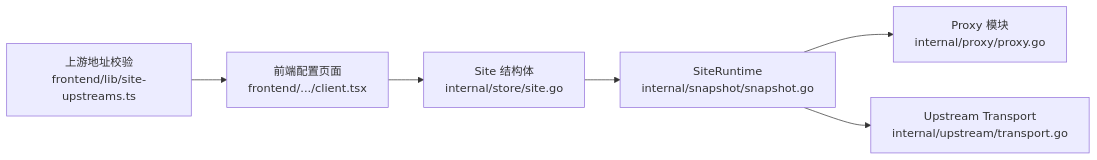
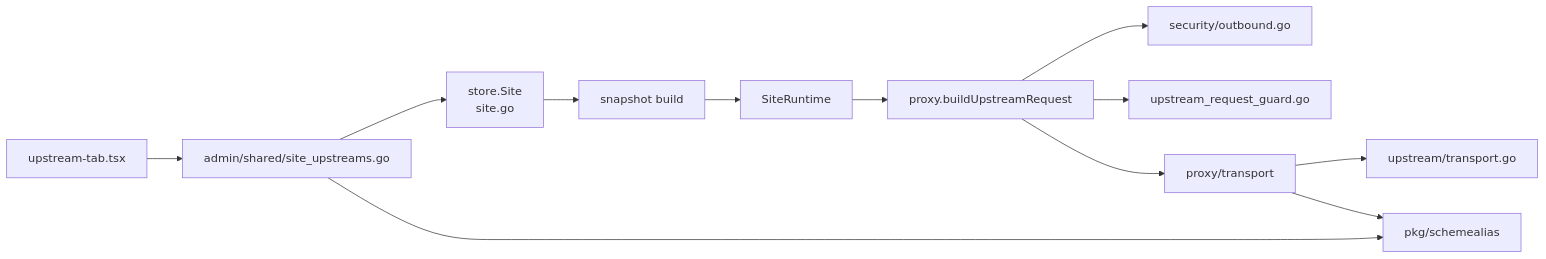
Before and after one commit to x01n/My-OpenWaf: the sixth of 6 diagrams in docs/安全机制/出站安全控制.md, drawn with Mermaid. The commit also changed other lines of this file and 622 other files, not shown here.

````diff
--- a/docs/安全机制/出站安全控制.md
+++ b/docs/安全机制/出站安全控制.md
@@ -287,8 +514,14 @@
 ```mermaid
 graph LR
-STORE_SITE["Site 结构体<br/>internal/store/site.go"] --> SNAP["SiteRuntime<br/>internal/snapshot/snapshot.go"]
-SNAP --> PRX["Proxy 模块<br/>internal/proxy/proxy.go"]
-SNAP --> UPT["Upstream Transport<br/>internal/upstream/transport.go"]
-FRONT_UI["前端配置页面<br/>frontend/.../client.tsx"] --> STORE_SITE
-FRONT_LIB["上游地址校验<br/>frontend/lib/site-upstreams.ts"] --> FRONT_UI
+  SITE["store.Site<br/>site.go"] --> BLD["snapshot build"]
+  BLD --> RT["SiteRuntime"]
+  RT --> PRX["proxy.buildUpstreamRequest"]
+  PRX --> SEC["security/outbound.go"]
+  PRX --> GUARD["upstream_request_guard.go"]
+  PRX --> TR["proxy/transport"]
+  TR --> UPT["upstream/transport.go"]
+  TR --> alias["pkg/schemealias"]
+  ADMIN["admin/shared/site_upstreams.go"] --> SITE
+  ADMIN --> alias
+  UI["upstream-tab.tsx"] --> ADMIN
 ```
````
